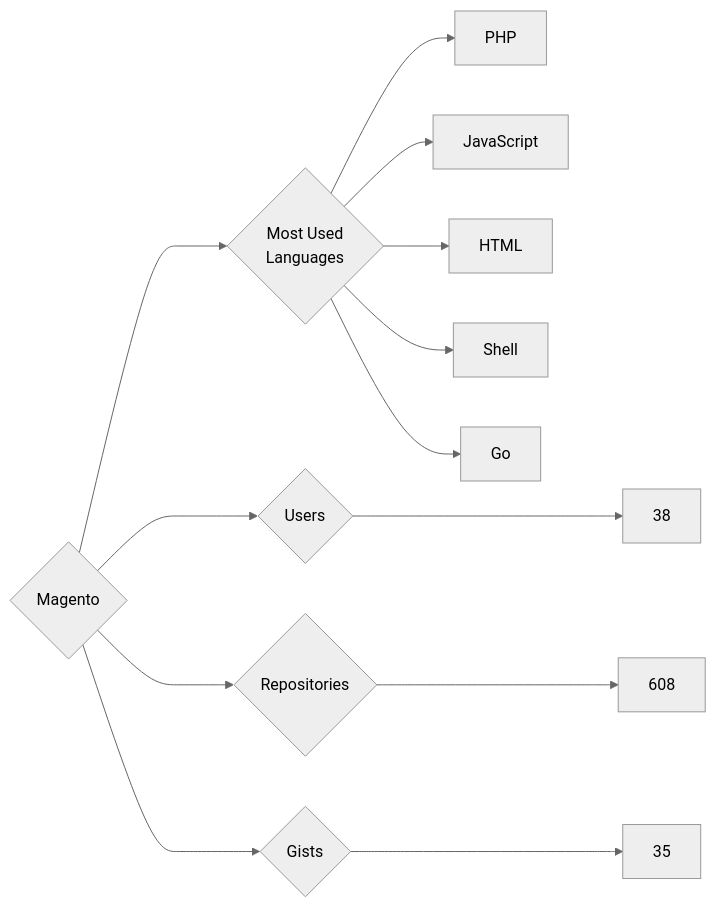
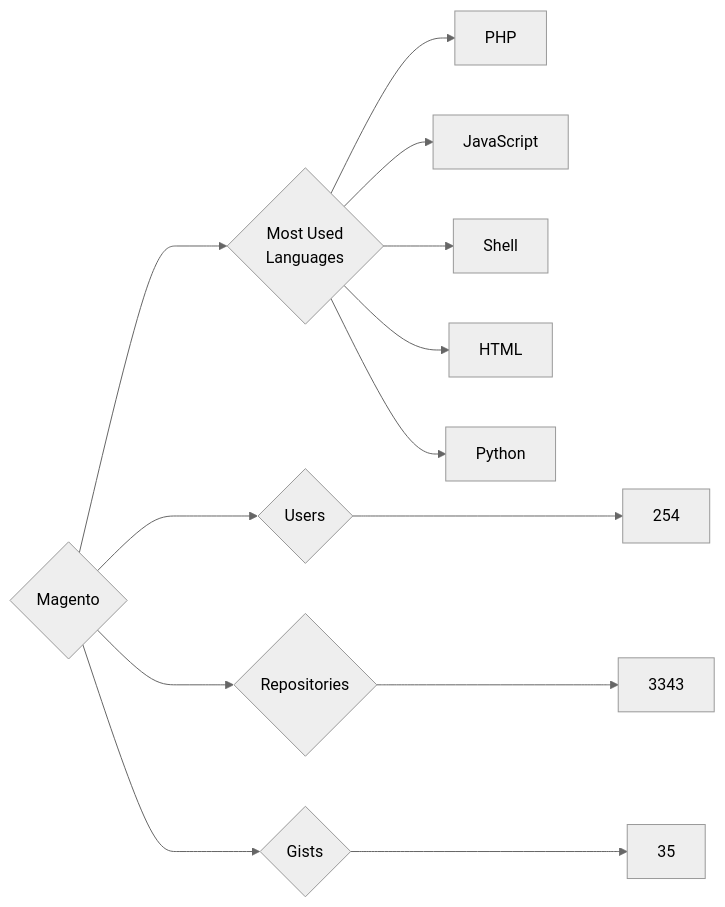
The diagram in targets/Magento/README.md (trickest/insiders), drawn with Mermaid (neutral theme) before and after one commit. The commit also changed 900 other files, not shown here.

````diff
--- a/targets/Magento/README.md
+++ b/targets/Magento/README.md
@@ -3,13 +3,13 @@
 ```mermaid
 graph LR
 COMPANY_NAME{Magento}
-COMPANY_NAME ---> U{Users} ---> UN[38]
-COMPANY_NAME ---> R{Repositories} ---> RN[608]
+COMPANY_NAME ---> U{Users} ---> UN[254]
+COMPANY_NAME ---> R{Repositories} ---> RN[3343]
 COMPANY_NAME ---> G{Gists} ---> GN[35]
 COMPANY_NAME ---> ML{Most Used<br>Languages}
 ML --> PHP[PHP]
 ML --> JavaScript[JavaScript]
+ML --> Shell[Shell]
 ML --> HTML[HTML]
-ML --> Shell[Shell]
-ML --> Go[Go]
+ML --> Python[Python]
 ```
````
